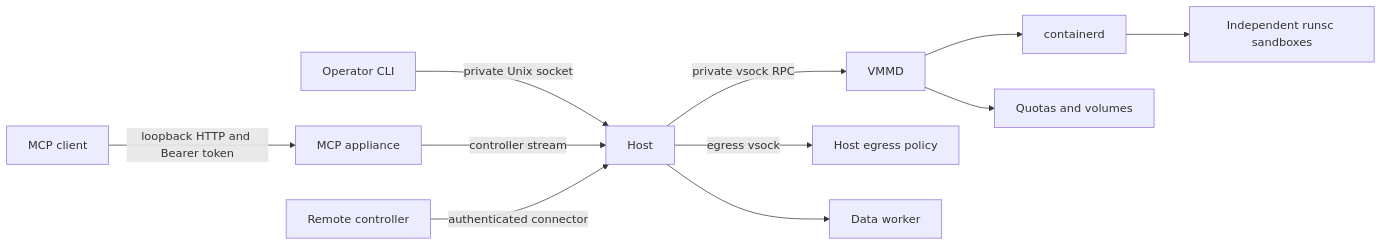
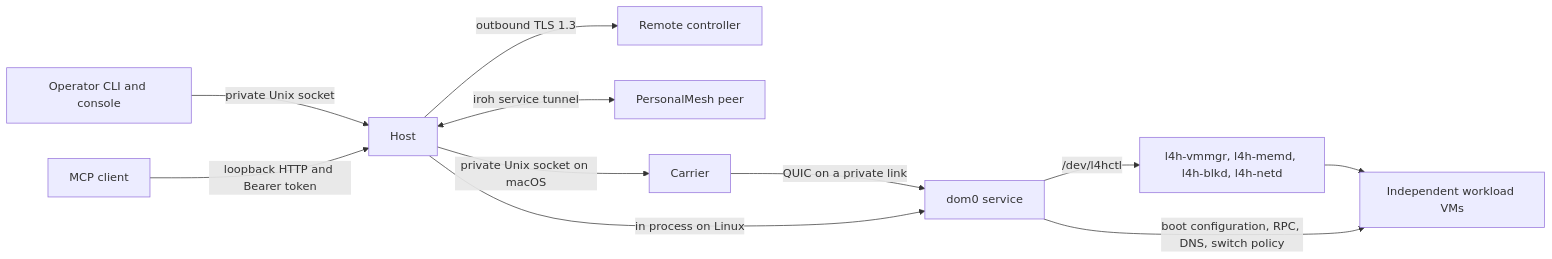
Before and after one commit to AFK-surf/agent-vmm: the diagram in docs/design/overview.md, drawn with Mermaid. The commit also changed other lines of this file and 24 other files, not shown here.

````diff
--- a/docs/design/overview.md
+++ b/docs/design/overview.md
@@ -9,13 +11,13 @@
 ```mermaid
 flowchart LR
-  Operator[Operator CLI] -->|private Unix socket| Host
-  Client[MCP client] -->|loopback HTTP and Bearer token| MCP[MCP appliance]
-  MCP -->|controller stream| Host
-  Controller[Remote controller] -->|authenticated connector| Host
-  Host -->|private vsock RPC| VMMD
-  Host -->|egress vsock| Network[Host egress policy]
-  VMMD --> Containerd[containerd]
-  Containerd --> Sandboxes[Independent runsc sandboxes]
-  VMMD --> Storage[Quotas and volumes]
-  Host --> Worker[Data worker]
+  Operator[Operator CLI and console] -->|private Unix socket| Host
+  Client[MCP client] -->|loopback HTTP and Bearer token| Host
+  Host -->|outbound TLS 1.3| Controller[Remote controller]
+  Host <-->|iroh service tunnel| Peer[PersonalMesh peer]
+  Host -->|private Unix socket on macOS| Carrier
+  Carrier -->|QUIC on a private link| Dom0[dom0 service]
+  Host -->|in process on Linux| Dom0
+  Dom0 -->|"/dev/l4hctl"| L4h["l4h-vmmgr, l4h-memd, l4h-blkd, l4h-netd"]
+  L4h --> Workloads[Independent workload VMs]
+  Dom0 -->|boot configuration, RPC, DNS, switch policy| Workloads
 ```
````
